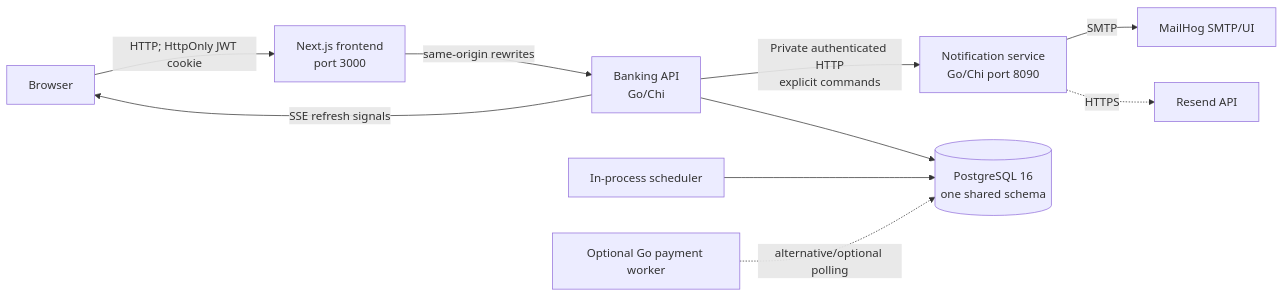
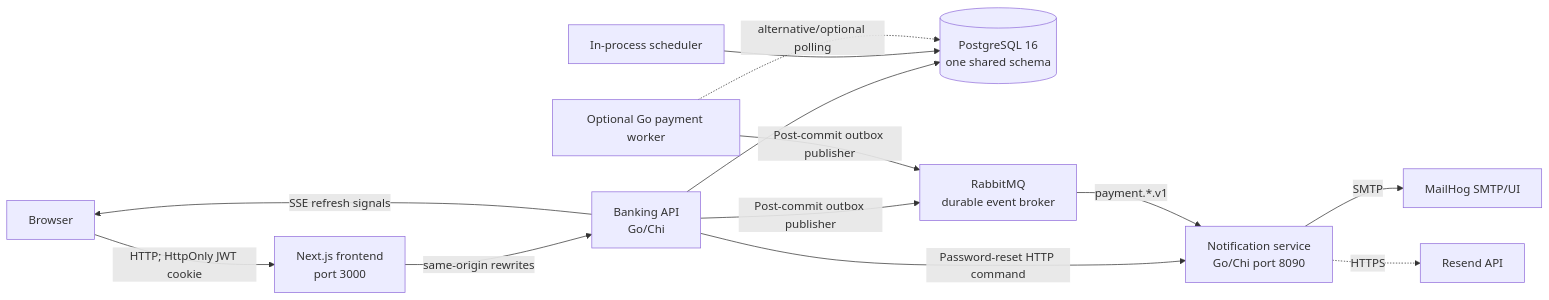
One commit to mustafa-oezdemir/banking_go changed the second of 3 diagrams in docs/architecture/current-architecture.md. Above: the diagram before and after it, drawn with Mermaid. The commit also changed other lines of this file and 29 other files, not shown here.

Commit message:
phase-4: add RabbitMQ transactional outbox

````diff
--- a/docs/architecture/current-architecture.md
+++ b/docs/architecture/current-architecture.md
@@ -31,22 +31,26 @@
 ```mermaid
 flowchart LR
     Browser["Browser"]
     Frontend["Next.js frontend\nport 3000"]
     API["Banking API\nGo/Chi"]
     Notification["Notification service\nGo/Chi port 8090"]
     Scheduler["In-process scheduler"]
     Worker["Optional Go payment worker"]
     DB[("PostgreSQL 16\none shared schema")]
+    Rabbit["RabbitMQ\ndurable event broker"]
     MailHog["MailHog SMTP/UI"]
     Resend["Resend API"]
 
     Browser -->|"HTTP; HttpOnly JWT cookie"| Frontend
     Frontend -->|"same-origin rewrites"| API
     API --> DB
     Scheduler --> DB
     Worker -. "alternative/optional polling" .-> DB
-    API -->|"Private authenticated HTTP\nexplicit commands"| Notification
+    API -->|"Password-reset HTTP command"| Notification
+    API -->|"Post-commit outbox publisher"| Rabbit
+    Worker -->|"Post-commit outbox publisher"| Rabbit
+    Rabbit -->|"payment.*.v1"| Notification
     Notification -->|"SMTP"| MailHog
     Notification -. "HTTPS" .-> Resend
     API -->|"SSE refresh signals"| Browser
 ```
````
